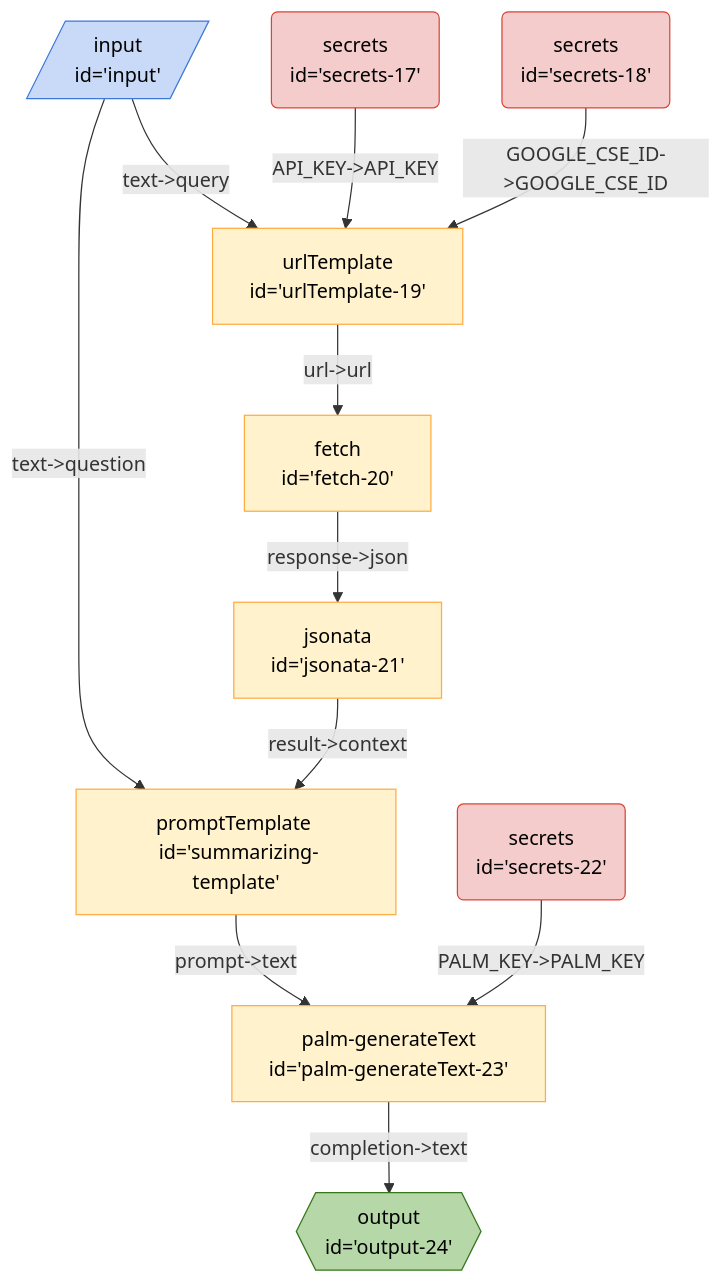
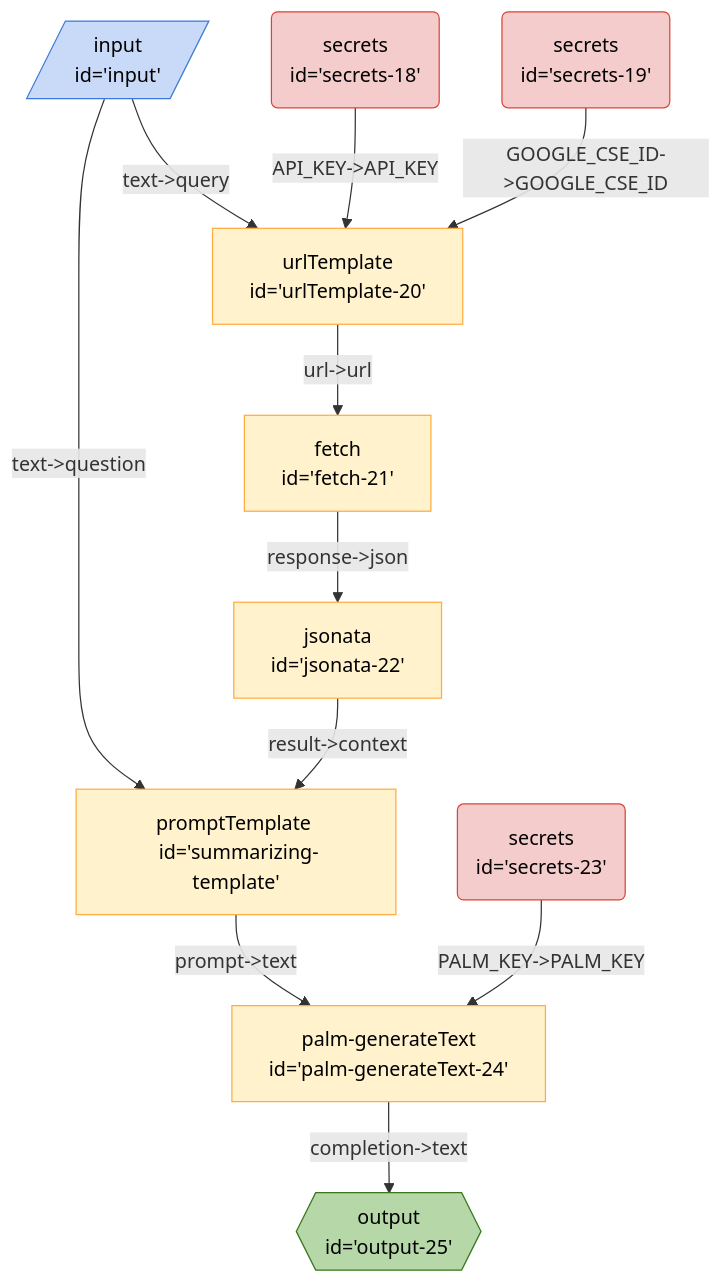
The diagram in seeds/breadboard-web/docs/graphs/new/search-summarize.md (breadboard-ai/breadboard), drawn with Mermaid before and after one commit. The commit also changed 19 other files, not shown here.

````diff
--- a/seeds/breadboard-web/docs/graphs/new/search-summarize.md
+++ b/seeds/breadboard-web/docs/graphs/new/search-summarize.md
@@ -3,22 +3,22 @@
 ```mermaid
 %%{init: 'themeVariables': { 'fontFamily': 'Fira Code, monospace' }}%%
 graph TD;
-palmgenerateText23["palm-generateText <br> id='palm-generateText-23'"] -- "completion->text" --> output24{{"output <br> id='output-24'"}}:::output
-summarizingtemplate["promptTemplate <br> id='summarizing-template'"] -- "prompt->text" --> palmgenerateText23["palm-generateText <br> id='palm-generateText-23'"]
-secrets22("secrets <br> id='secrets-22'"):::secrets -- "PALM_KEY->PALM_KEY" --> palmgenerateText23["palm-generateText <br> id='palm-generateText-23'"]
-input[/"input <br> id='input'"/]:::input -- "text->query" --> urlTemplate19["urlTemplate <br> id='urlTemplate-19'"]
+palmgenerateText24["palm-generateText <br> id='palm-generateText-24'"] -- "completion->text" --> output25{{"output <br> id='output-25'"}}:::output
+summarizingtemplate["promptTemplate <br> id='summarizing-template'"] -- "prompt->text" --> palmgenerateText24["palm-generateText <br> id='palm-generateText-24'"]
+secrets23("secrets <br> id='secrets-23'"):::secrets -- "PALM_KEY->PALM_KEY" --> palmgenerateText24["palm-generateText <br> id='palm-generateText-24'"]
+input[/"input <br> id='input'"/]:::input -- "text->query" --> urlTemplate20["urlTemplate <br> id='urlTemplate-20'"]
 input[/"input <br> id='input'"/]:::input -- "text->question" --> summarizingtemplate["promptTemplate <br> id='summarizing-template'"]
-jsonata21["jsonata <br> id='jsonata-21'"] -- "result->context" --> summarizingtemplate["promptTemplate <br> id='summarizing-template'"]
-urlTemplate19["urlTemplate <br> id='urlTemplate-19'"] -- "url->url" --> fetch20["fetch <br> id='fetch-20'"]
-fetch20["fetch <br> id='fetch-20'"] -- "response->json" --> jsonata21["jsonata <br> id='jsonata-21'"]
-secrets17("secrets <br> id='secrets-17'"):::secrets -- "API_KEY->API_KEY" --> urlTemplate19["urlTemplate <br> id='urlTemplate-19'"]
-secrets18("secrets <br> id='secrets-18'"):::secrets -- "GOOGLE_CSE_ID->GOOGLE_CSE_ID" --> urlTemplate19["urlTemplate <br> id='urlTemplate-19'"]
+jsonata22["jsonata <br> id='jsonata-22'"] -- "result->context" --> summarizingtemplate["promptTemplate <br> id='summarizing-template'"]
+urlTemplate20["urlTemplate <br> id='urlTemplate-20'"] -- "url->url" --> fetch21["fetch <br> id='fetch-21'"]
+fetch21["fetch <br> id='fetch-21'"] -- "response->json" --> jsonata22["jsonata <br> id='jsonata-22'"]
+secrets18("secrets <br> id='secrets-18'"):::secrets -- "API_KEY->API_KEY" --> urlTemplate20["urlTemplate <br> id='urlTemplate-20'"]
+secrets19("secrets <br> id='secrets-19'"):::secrets -- "GOOGLE_CSE_ID->GOOGLE_CSE_ID" --> urlTemplate20["urlTemplate <br> id='urlTemplate-20'"]
 classDef default stroke:#ffab40,fill:#fff2ccff,color:#000
 classDef input stroke:#3c78d8,fill:#c9daf8ff,color:#000
 classDef output stroke:#38761d,fill:#b6d7a8ff,color:#000
 classDef passthrough stroke:#a64d79,fill:#ead1dcff,color:#000
 classDef slot stroke:#a64d79,fill:#ead1dcff,color:#000
 classDef config stroke:#a64d79,fill:#ead1dcff,color:#000
 classDef secrets stroke:#db4437,fill:#f4cccc,color:#000
 classDef slotted stroke:#a64d79
 ```
````
